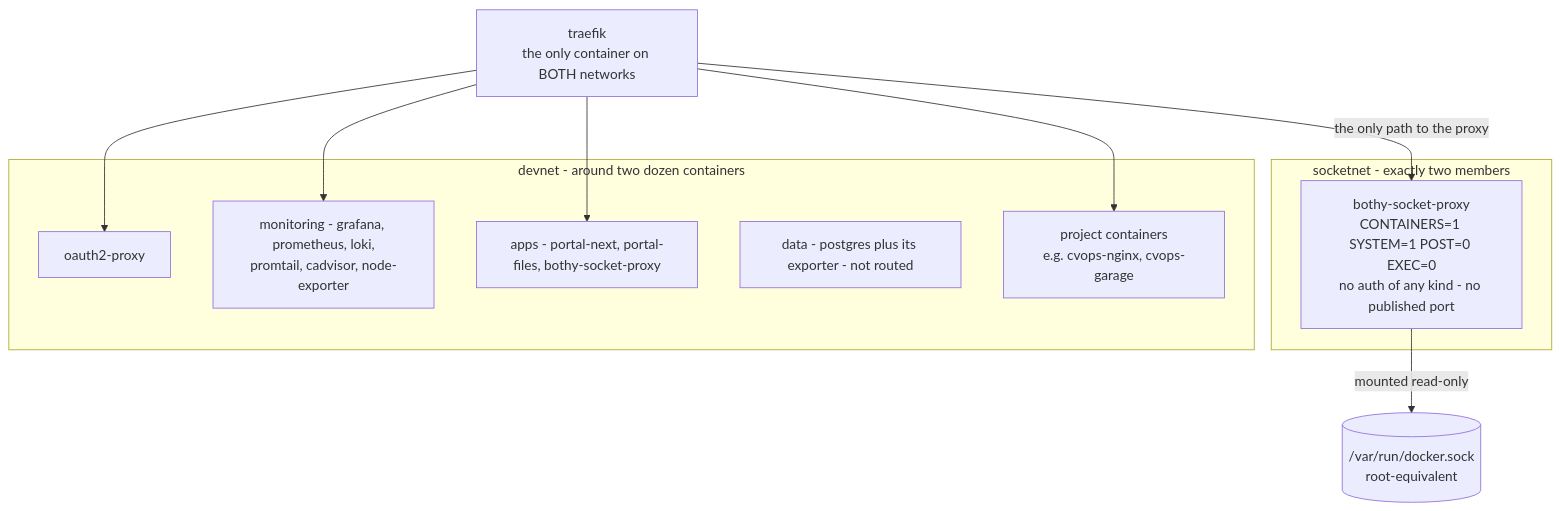
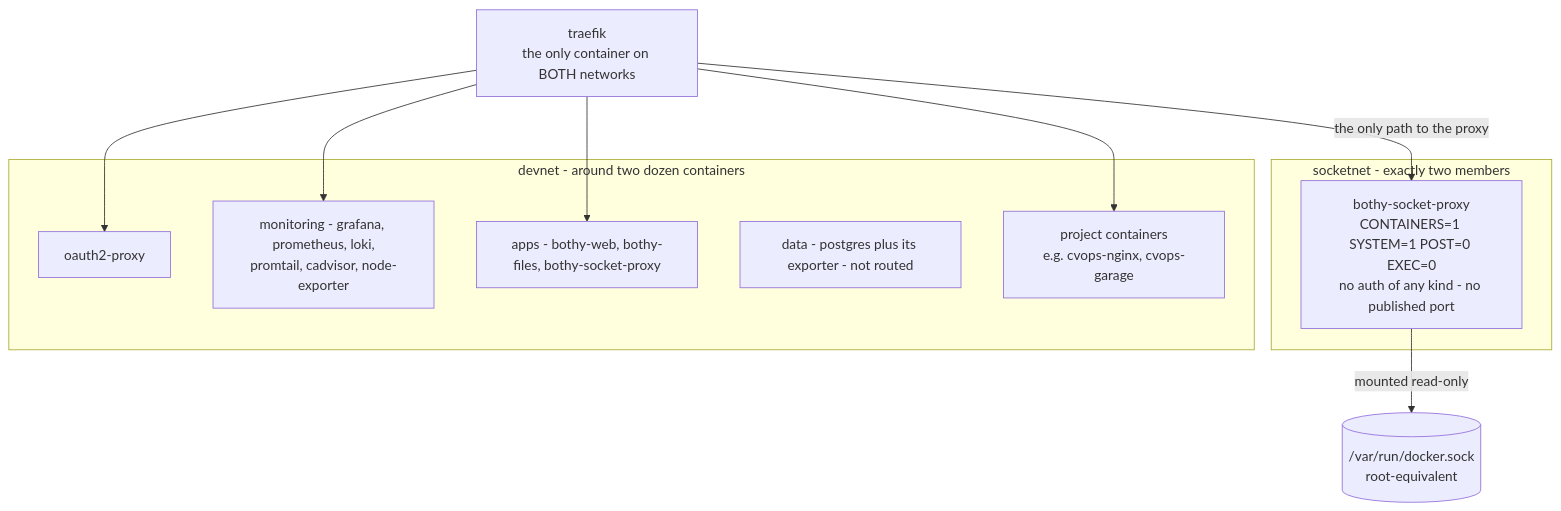
The diagram in docs/diagrams/networks.mmd (YehudaBriskman/Bothy), drawn with Mermaid before and after one commit. The commit also changed 330 other files, not shown here.

First line of the commit message:
rename: nothing is portal - portal-next/files/collector/api/prom become bothy-*

```diff
--- a/docs/diagrams/networks.mmd
+++ b/docs/diagrams/networks.mmd
@@ -1,23 +1,23 @@
 flowchart TB
     SOCKET[("/var/run/docker.sock<br/>root-equivalent")]
 
     subgraph s_socketnet["socketnet - exactly two members"]
         PROXY["bothy-socket-proxy<br/>CONTAINERS=1 SYSTEM=1 POST=0 EXEC=0<br/>no auth of any kind - no published port"]
     end
 
     subgraph s_devnet["devnet - around two dozen containers"]
         OAUTH["oauth2-proxy"]
         OBS["monitoring - grafana, prometheus, loki,<br/>promtail, cadvisor, node-exporter"]
-        APPSG["apps - portal-next, portal-files, bothy-socket-proxy"]
+        APPSG["apps - bothy-web, bothy-files, bothy-socket-proxy"]
         DATAG["data - postgres plus its exporter - not routed"]
         PROJ["project containers<br/>e.g. cvops-nginx, cvops-garage"]
     end
 
     TRAEFIK["traefik<br/>the only container on BOTH networks"]
 
     TRAEFIK --> OAUTH
     TRAEFIK --> OBS
     TRAEFIK --> APPSG
     TRAEFIK --> PROJ
     TRAEFIK -->|"the only path to the proxy"| PROXY
     PROXY -->|"mounted read-only"| SOCKET
```
